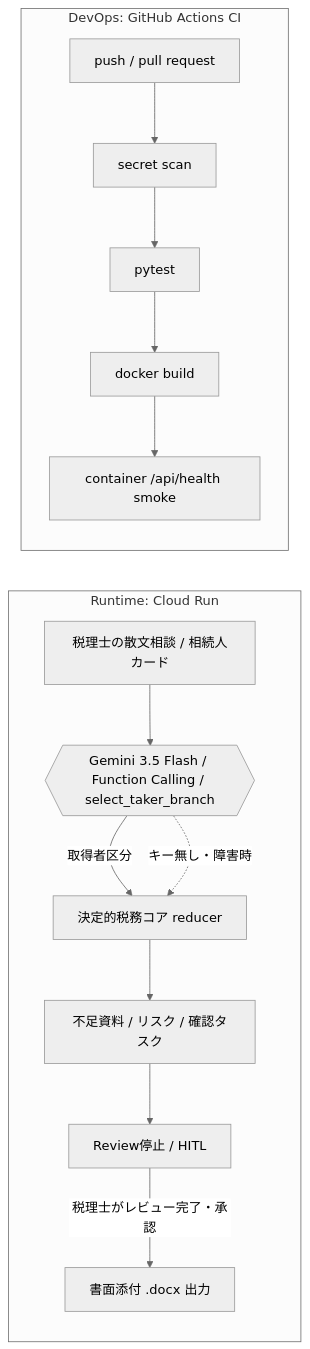
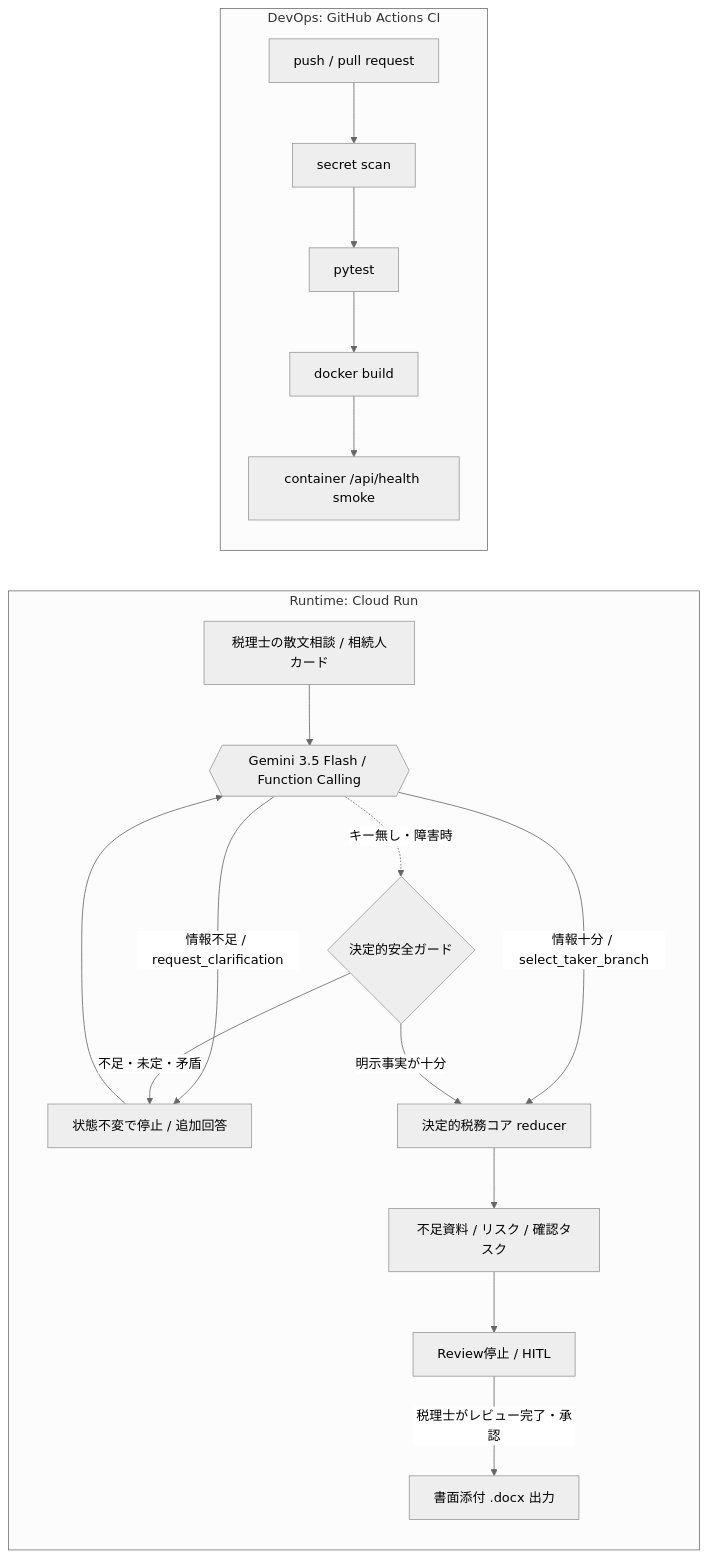
Before and after one commit to souzoku-lab/souzoku-shield: the diagram in README.md, drawn with Mermaid (neutral theme). The commit also changed other lines of this file and 12 other files, not shown here.

Commit message:
Add fail-closed clarification and resume flow

````diff
--- a/README.md
+++ b/README.md
@@ -41,18 +45,22 @@
 ```mermaid
 flowchart LR
     subgraph Runtime["Runtime: Cloud Run"]
-      U[税理士の散文相談 / 相続人カード] --> G{{Gemini 3.5 Flash / Function Calling / select_taker_branch}}
-      G -- 取得者区分 --> C[決定的税務コア reducer]
-      G -. キー無し・障害時 .-> C
+      U[税理士の散文相談 / 相続人カード] --> G{{Gemini 3.5 Flash / Function Calling}}
+      G -- 情報不足 / request_clarification --> Q[状態不変で停止 / 追加回答]
+      Q --> G
+      G -- 情報十分 / select_taker_branch --> C[決定的税務コア reducer]
+      G -. キー無し・障害時 .-> F{決定的安全ガード}
+      F -- 明示事実が十分 --> C
+      F -- 不足・未定・矛盾 --> Q
       C --> E[不足資料 / リスク / 確認タスク]
       E --> R[Review停止 / HITL]
       R -- 税理士がレビュー完了・承認 --> W[書面添付 .docx 出力]
     end
 
     subgraph DevOps["DevOps: GitHub Actions CI"]
       P[push / pull request] --> S[secret scan]
       S --> T[pytest]
       T --> B[docker build]
       B --> H[container /api/health smoke]
     end
 ```
````
